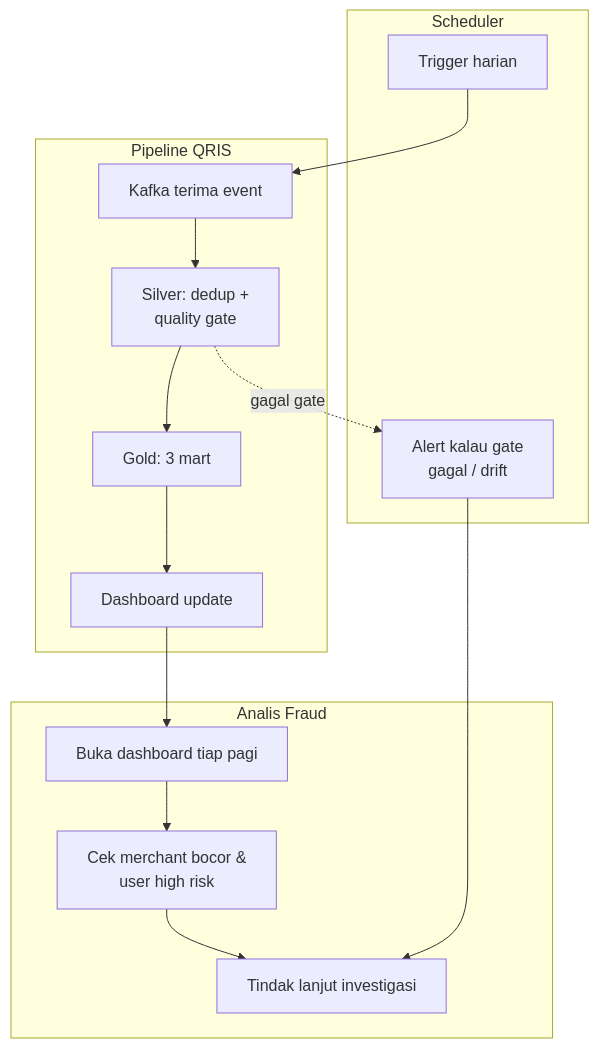
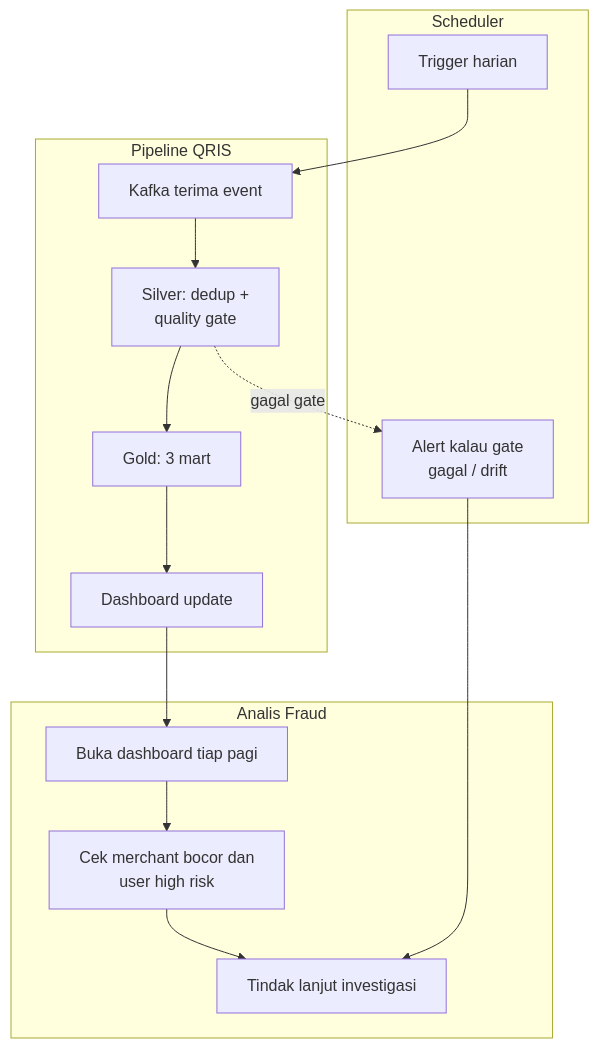
Before and after one commit to wardalxndr/qris-streaming-lakehouse: the diagram in docs/flows.md, drawn with Mermaid. The commit also changed 1 other file, not shown here.

Commit message:
Docs: readme nav + mermaid ampersand fix

````diff
--- a/docs/flows.md
+++ b/docs/flows.md
@@ -3,21 +3,21 @@
 ```mermaid
 flowchart TB
     subgraph Analis [Analis Fraud]
         A1["Buka dashboard tiap pagi"]
-        A2["Cek merchant bocor &\nuser high risk"]
+        A2["Cek merchant bocor dan\nuser high risk"]
         A3["Tindak lanjut investigasi"]
     end
     subgraph Sistem [Pipeline QRIS]
         S1["Kafka terima event"]
         S2["Silver: dedup +\nquality gate"]
         S3["Gold: 3 mart"]
         S4["Dashboard update"]
     end
     subgraph Scheduler [Scheduler]
         T1["Trigger harian"]
         T2["Alert kalau gate\ngagal / drift"]
     end
     A1 --> A2 --> A3
     T1 --> S1 --> S2 --> S3 --> S4 --> A1
     S2 -. "gagal gate" .-> T2 --> A3
 ```
````
